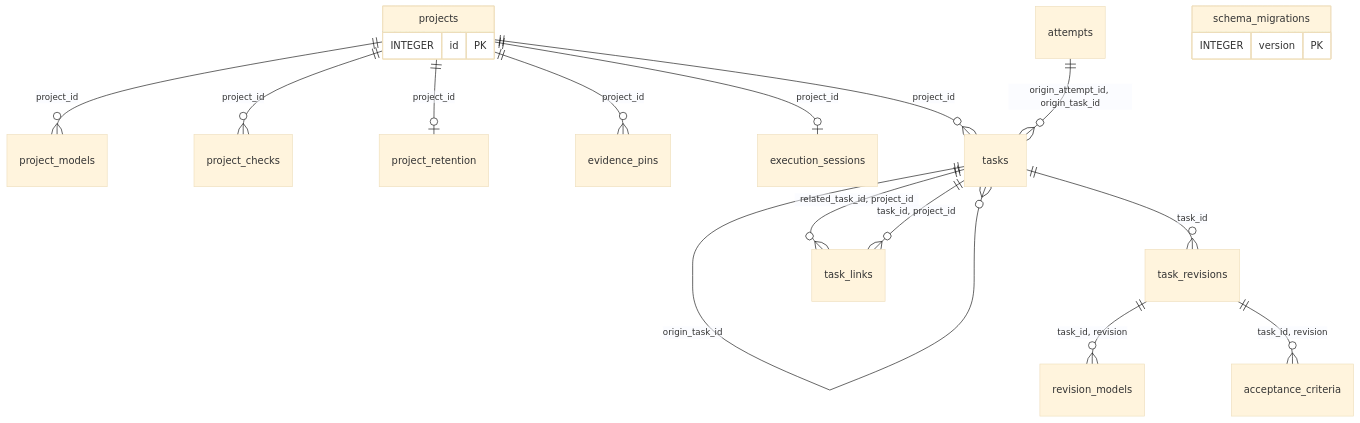
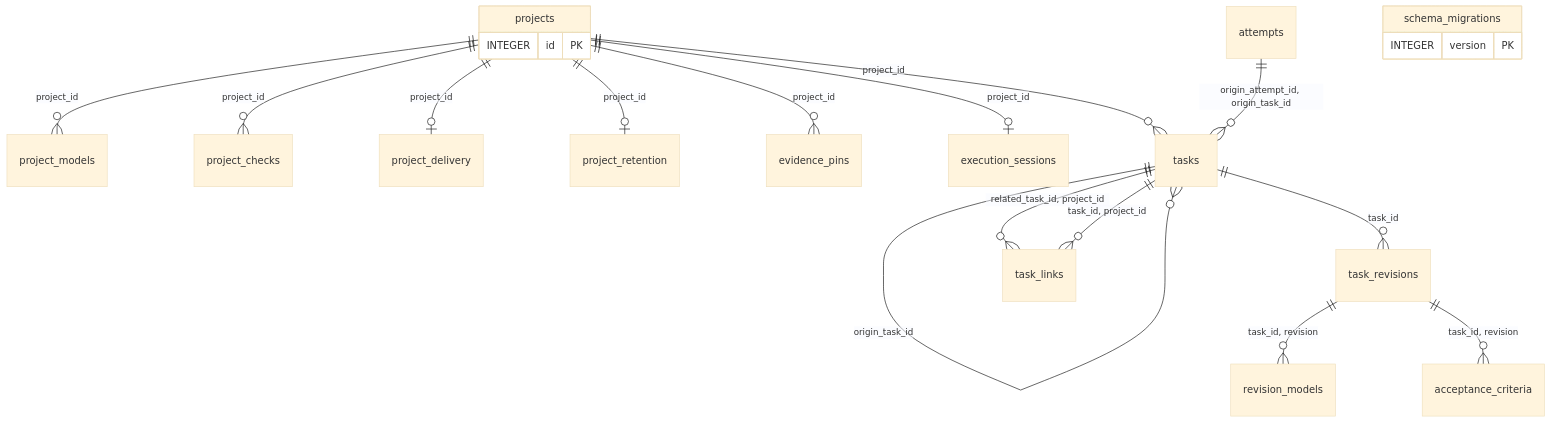
The first of 3 diagrams in docs/STORAGE.md (IllyaYalovyy/ktask-rs), drawn with Mermaid (base theme) before and after one commit. The commit also changed other lines of this file and 27 other files, not shown here.

````diff
--- a/docs/STORAGE.md
+++ b/docs/STORAGE.md
@@ -101,23 +114,24 @@
 ```mermaid
 erDiagram
     projects {
         INTEGER id PK
     }
     projects ||--o{ project_models : "project_id"
     projects ||--o{ project_checks : "project_id"
+    projects ||--o| project_delivery : "project_id"
     projects ||--o| project_retention : "project_id"
     projects ||--o{ evidence_pins : "project_id"
     projects ||--o| execution_sessions : "project_id"
     projects ||--o{ tasks : "project_id"
     tasks ||--o{ tasks : "recovery_root_id"
     tasks ||--o{ tasks : "origin_task_id"
     attempts ||--o{ tasks : "origin_attempt_id, origin_task_id"
     tasks ||--o{ task_revisions : "task_id"
     task_revisions ||--o{ revision_models : "task_id, revision"
     task_revisions ||--o{ acceptance_criteria : "task_id, revision"
     tasks ||--o{ task_links : "related_task_id, project_id"
     tasks ||--o{ task_links : "task_id, project_id"
     schema_migrations {
         INTEGER version PK
     }
 ```
````
